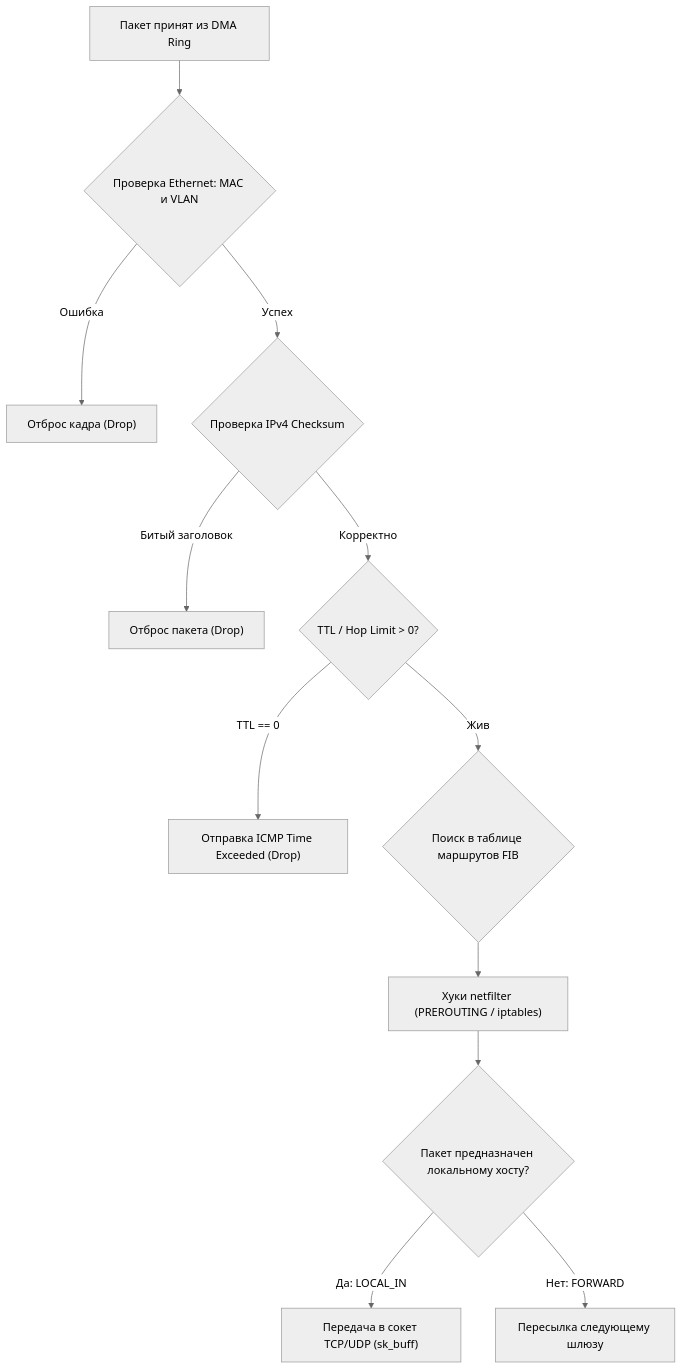
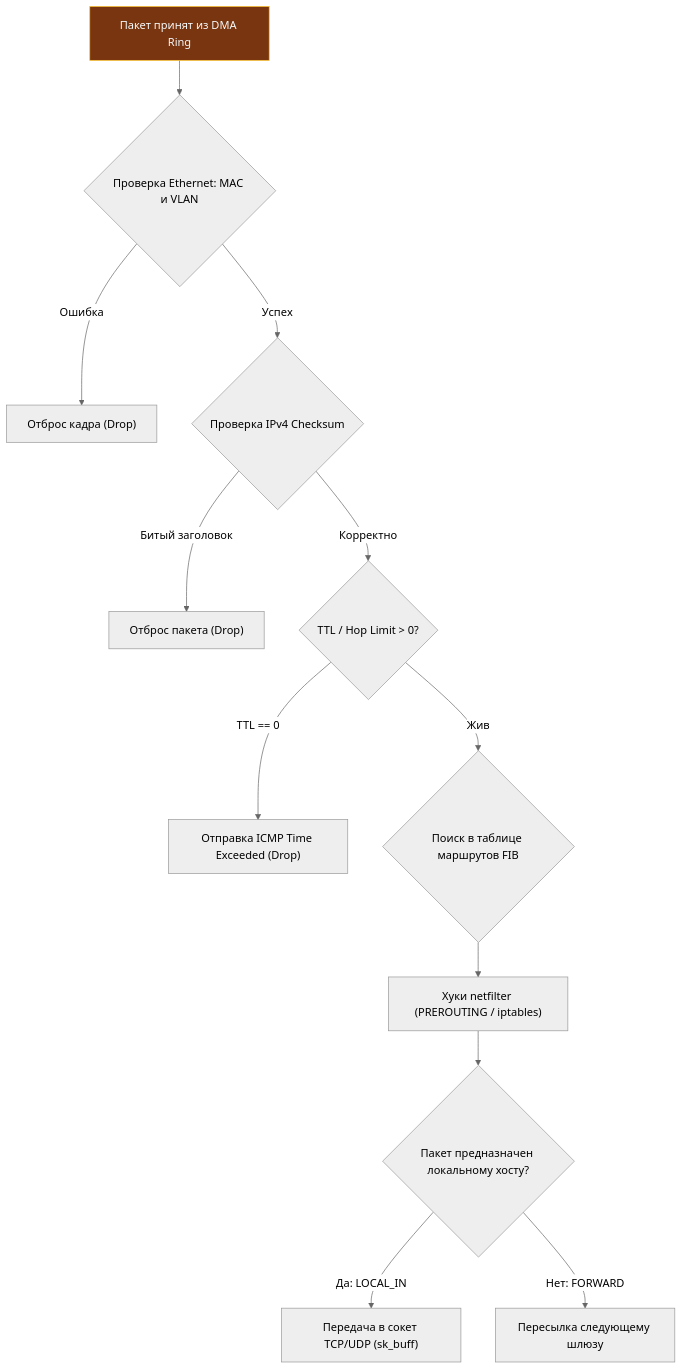
Before and after one commit to UnrealTemplier/go-textbook: the fourth of 5 diagrams in sources/3. Компьютерные сети и сетевой стек/4. IP. IPv4, IPv6 и устройство сетевого пакета.md, drawn with Mermaid (neutral theme). The commit also changed other lines of this file and 1666 other files, not shown here.

First line of the commit message:
feat(mermaid): add semantic color classDef to 1369 colorless flowchart/graph diagrams

````diff
--- a/sources/3. Компьютерные сети и сетевой стек/4. IP. IPv4, IPv6 и устройство сетевого пакета.md
+++ b/sources/3. Компьютерные сети и сетевой стек/4. IP. IPv4, IPv6 и устройство сетевого пакета.md
@@ -143,14 +173,24 @@
 ```mermaid
 flowchart TD
-    NIC_Packet["Пакет принят из DMA Ring"] --> L2_Check{"Проверка Ethernet: MAC и VLAN"}
+    classDef process  fill:#1e293b,stroke:#38bdf8,stroke-width:1px,color:#f8fafc
+    classDef success  fill:#064e3b,stroke:#34d399,stroke-width:1px,color:#f8fafc
+    classDef error    fill:#7f1d1d,stroke:#f87171,stroke-width:1px,color:#f8fafc
+    classDef warning  fill:#78350f,stroke:#fbbf24,stroke-width:1px,color:#f8fafc
+    classDef entry    fill:#1e3a5f,stroke:#38bdf8,stroke-width:2px,color:#f8fafc
+    classDef aux      fill:#334155,stroke:#64748b,stroke-width:1px,color:#f8fafc
+    classDef system   fill:#312e81,stroke:#a78bfa,stroke-width:1px,color:#f8fafc
+    classDef data     fill:#132d29,stroke:#2dd4bf,stroke-width:1px,color:#f8fafc
+    classDef network  fill:#881337,stroke:#fb7185,stroke-width:1px,color:#f8fafc
+    classDef accent   fill:#1e1b4b,stroke:#818cf8,stroke-width:1px,color:#f8fafc
+    NIC_Packet["Пакет принят из DMA Ring"]:::warning --> L2_Check{"Проверка Ethernet: MAC и VLAN"}
     L2_Check -->|Ошибка| Drop1["Отброс кадра (Drop)"]
     L2_Check -->|Успех| IP_Checksum{"Проверка IPv4 Checksum"}
     IP_Checksum -->|Битый заголовок| Drop2["Отброс пакета (Drop)"]
     IP_Checksum -->|Корректно| TTL_Check{"TTL / Hop Limit > 0?"}
     TTL_Check -->|TTL == 0| ICMP_TimeExceeded["Отправка ICMP Time Exceeded (Drop)"]
     TTL_Check -->|Жив| RouteLookup{"Поиск в таблице маршрутов FIB"}
     RouteLookup --> NetfilterHook["Хуки netfilter (PREROUTING / iptables)"]
     NetfilterHook --> TargetDecision{"Пакет предназначен локальному хосту?"}
     TargetDecision -->|Да: LOCAL_IN| DeliverL4["Передача в сокет TCP/UDP (sk_buff)"]
     TargetDecision -->|Нет: FORWARD| RouteForward["Пересылка следующему шлюзу"]
 ```
````
